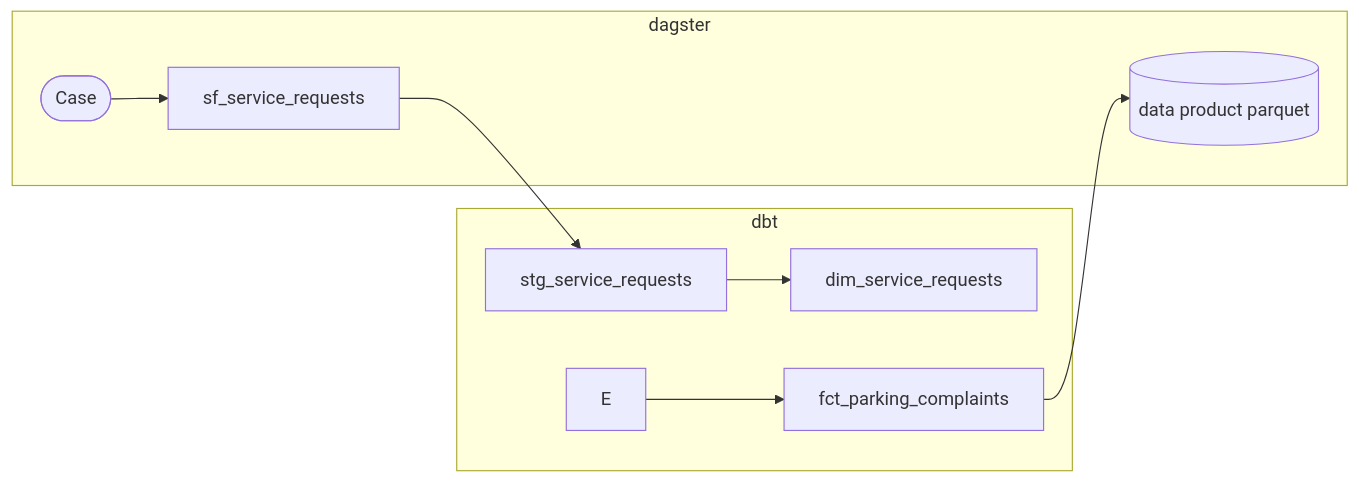
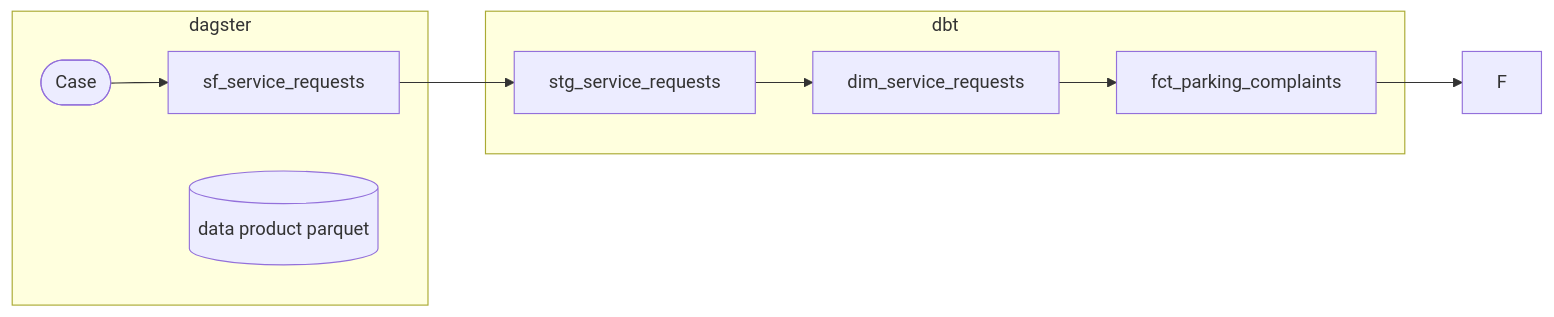
One commit to balt-opi/rfcs changed the first of 2 diagrams in 001-teo-app-backend/proposal.md. Above: the diagram before and after it, drawn with Mermaid.

Commit message:
fix small typo

````diff
--- a/001-teo-app-backend/proposal.md
+++ b/001-teo-app-backend/proposal.md
@@ -32,18 +32,18 @@
 ```mermaid
 flowchart LR
   subgraph dagster["dagster"]
     A([Case]) --> B[sf_service_requests]
   end
 
   subgraph dbt["dbt"]
     B --> C[stg_service_requests]
     C --> D[dim_service_requests]
-    E --> F[fct_parking_complaints]
+    D --> E[fct_parking_complaints]
   end
 
   subgraph dagster["dagster"]
     G[(data product parquet)]
   end
 
-  F --> G
+  E --> F
 ```
````
